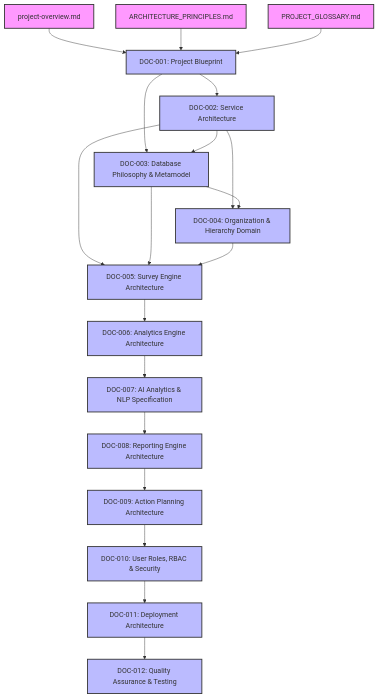
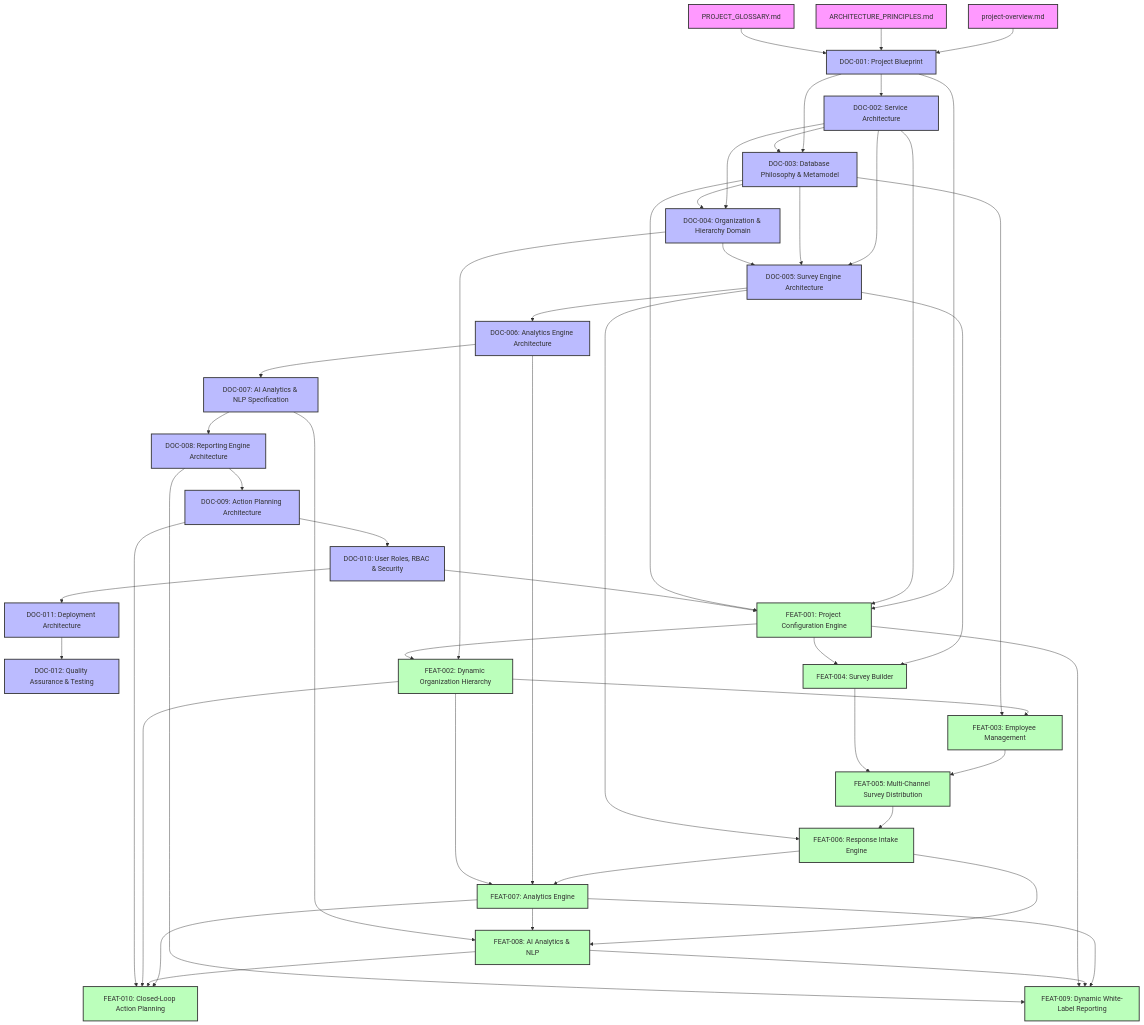
Before and after one commit to kavicastelo/talnova-enterprise-survey-platform: the diagram in docs/DOCUMENT_DEPENDENCY_GRAPH.md, drawn with Mermaid. The commit also changed other lines of this file and 21 other files, not shown here.

````diff
--- a/docs/DOCUMENT_DEPENDENCY_GRAPH.md
+++ b/docs/DOCUMENT_DEPENDENCY_GRAPH.md
@@ -35,6 +35,18 @@
     %% Level 7: Testing & Validation
     DOC012[DOC-012: Quality Assurance & Testing]
 
+    %% Level 8: Feature Specifications (FEAT Series)
+    FEAT001[FEAT-001: Project Configuration Engine]
+    FEAT002[FEAT-002: Dynamic Organization Hierarchy]
+    FEAT003[FEAT-003: Employee Management]
+    FEAT004[FEAT-004: Survey Builder]
+    FEAT005[FEAT-005: Multi-Channel Survey Distribution]
+    FEAT006[FEAT-006: Response Intake Engine]
+    FEAT007[FEAT-007: Analytics Engine]
+    FEAT008[FEAT-008: AI Analytics & NLP]
+    FEAT009[FEAT-009: Dynamic White-Label Reporting]
+    FEAT010[FEAT-010: Closed-Loop Action Planning]
+
     %% Dependencies
     PO --> DOC001
     AP --> DOC001
@@ -56,9 +68,49 @@
     DOC010 --> DOC011
     DOC011 --> DOC012
 
+    DOC001 --> FEAT001
+    DOC002 --> FEAT001
+    DOC003 --> FEAT001
+    DOC010 --> FEAT001
+
+    DOC004 --> FEAT002
+    FEAT001 --> FEAT002
+
+    FEAT002 --> FEAT003
+    DOC003 --> FEAT003
+
+    DOC005 --> FEAT004
+    FEAT001 --> FEAT004
+
+    FEAT003 --> FEAT005
+    FEAT004 --> FEAT005
+
+    FEAT005 --> FEAT006
+    DOC005 --> FEAT006
+
+    FEAT006 --> FEAT007
+    DOC006 --> FEAT007
+    FEAT002 --> FEAT007
+
+    FEAT006 --> FEAT008
+    FEAT007 --> FEAT008
+    DOC007 --> FEAT008
+
+    FEAT007 --> FEAT009
+    FEAT008 --> FEAT009
+    FEAT001 --> FEAT009
+    DOC008 --> FEAT009
+
+    FEAT007 --> FEAT010
+    FEAT008 --> FEAT010
+    FEAT002 --> FEAT010
+    DOC009 --> FEAT010
+
     classDef foundational fill:#f9f,stroke:#333,stroke-width:2px;
     classDef approved fill:#bbf,stroke:#333,stroke-width:2px;
+    classDef feature fill:#bfb,stroke:#333,stroke-width:2px;
 
     class PO,AP,GL foundational;
     class DOC001,DOC002,DOC003,DOC004,DOC005,DOC006,DOC007,DOC008,DOC009,DOC010,DOC011,DOC012 approved;
+    class FEAT001,FEAT002,FEAT003,FEAT004,FEAT005,FEAT006,FEAT007,FEAT008,FEAT009,FEAT010 feature;
 ```
````
